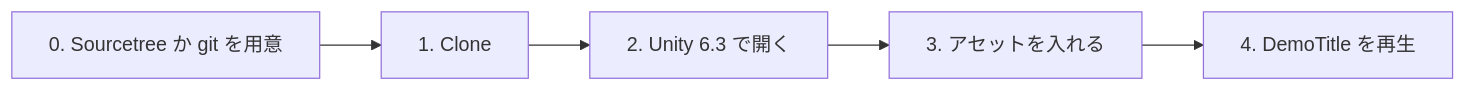
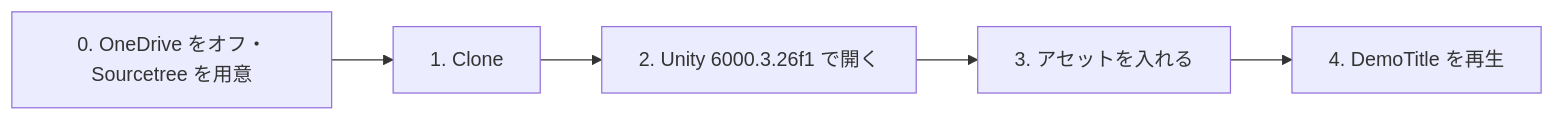
One commit to M-634/unity-game-dev-advance-docs.github.io changed the diagram in docs/lessons/s0-guidance/setup.md. Above: the diagram before and after it, drawn with Mermaid. The commit also changed other lines of this file and 2 other files, not shown here.

````diff
--- a/docs/lessons/s0-guidance/setup.md
+++ b/docs/lessons/s0-guidance/setup.md
@@ -8,7 +12,7 @@
 ```mermaid
 flowchart LR
-    A["0. Sourcetree か git を用意"] --> B["1. Clone"]
-    B --> C["2. Unity 6.3 で開く"]
+    A["0. OneDrive をオフ・Sourcetree を用意"] --> B["1. Clone"]
+    B --> C["2. Unity 6000.3.26f1 で開く"]
     C --> D["3. アセットを入れる"]
     D --> E["4. DemoTitle を再生"]
 ```
````
